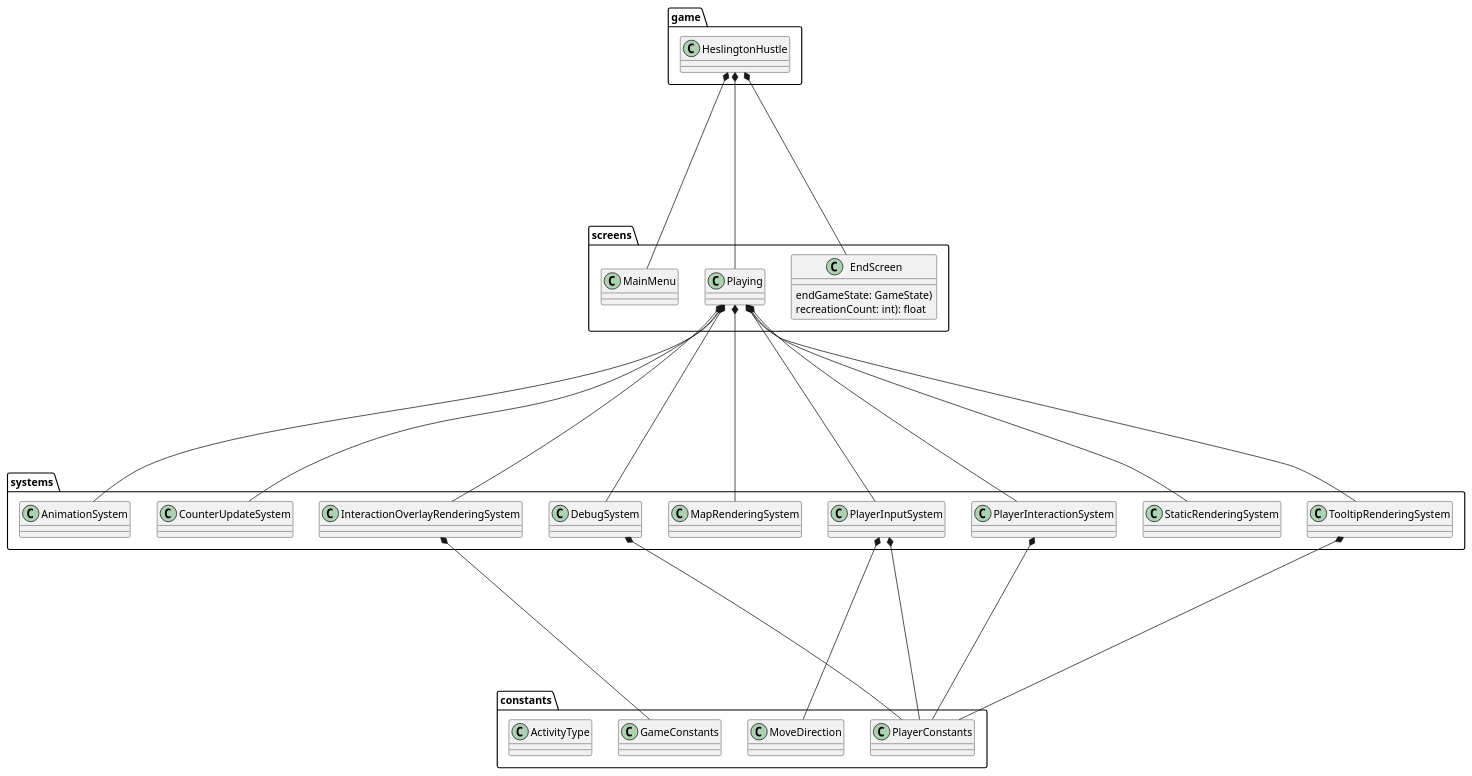
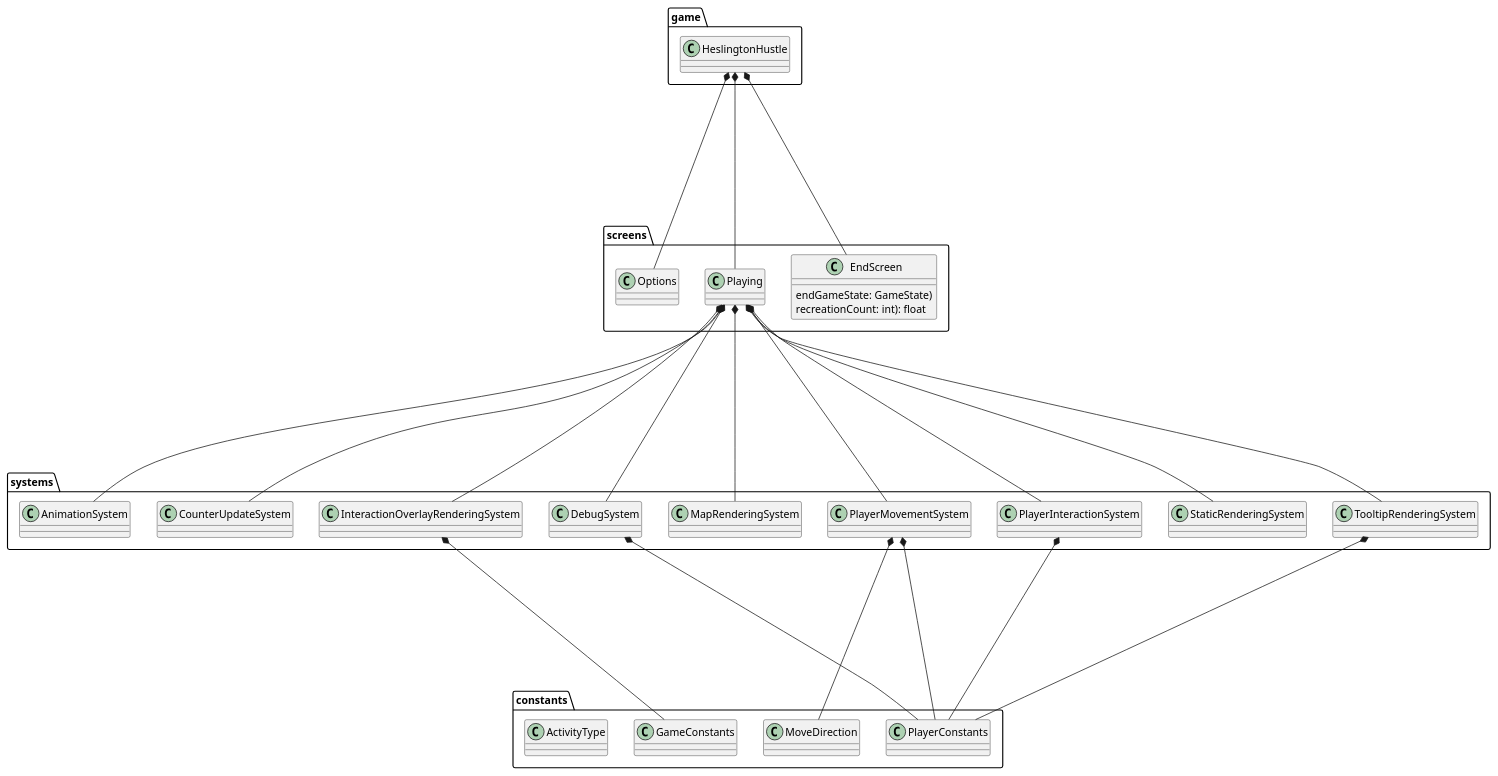
Before and after one commit to ENG1-Group-9-2024/Heslington-Hustle-2: the diagram in architecture/class diagram2.puml, drawn with PlantUML. The commit also changed 15 other files, not shown here.

```diff
--- a/architecture/class diagram2.puml
+++ b/architecture/class diagram2.puml
@@ -9,12 +9,12 @@
 
 
 package screens{
-    class MainMenu {
+    class Options {
         '- game: HeslingtonHustle
         '- camera: Camera
         '- stage: Stage
         '- root: Table
-        '+ MainMenu(game: HeslingtonHustle)
+        '+ Options(game: HeslingtonHustle)
         '+ render(v: float): void
         '+ show(): void
         '+ resize(width: int, height: int): void
@@ -244,14 +244,14 @@
         '+ update(deltaTime: float): void
     }
 
-    class PlayerInputSystem {
+    class PlayerMovementSystem {
         '- gameState: GameState
         '- playerEntity: Entity
         '- velocity: Vector2
         '- pm: ComponentMapper<PlayerComponent>
         '- fm: ComponentMapper<FixtureComponent>
         '- am: ComponentMapper<AnimationComponent>
-        '+ PlayerInputSystem(gameState: GameState)
+        '+ PlayerMovementSystem(gameState: GameState)
         '+ addedToEngine(engine: Engine): void
         '+ update(deltaTime: float): void
     }
@@ -303,7 +303,7 @@
 
 HeslingtonHustle *----- EndScreen
 HeslingtonHustle *----- Playing
-HeslingtonHustle *----- MainMenu
+HeslingtonHustle *----- Options
 
 'AnimationSystem *----- AnimationComponent
 'AnimationSystem *----- FixtureComponent
@@ -322,11 +322,11 @@
 
 
 
-'PlayerInputSystem *-----AnimationComponent
-'PlayerInputSystem *-----FixtureComponent
-'PlayerInputSystem *-----PlayerComponent
-PlayerInputSystem *-----MoveDirection
-PlayerInputSystem *-----PlayerConstants
+'PlayerMovementSystem *-----AnimationComponent
+'PlayerMovementSystem *-----FixtureComponent
+'PlayerMovementSystem *-----PlayerComponent
+PlayerMovementSystem *-----MoveDirection
+PlayerMovementSystem *-----PlayerConstants
 '
 'PlayerInteractionSystem *-----FixtureComponent
 'PlayerInteractionSystem *-----HitboxComponent
@@ -373,7 +373,8 @@
 Playing *----- DebugSystem
 Playing *----- InteractionOverlayRenderingSystem
 Playing *----- MapRenderingSystem
-Playing *----- PlayerInputSystem
+Playing *----- PlayerMovementSystem
+
 Playing *----- PlayerInteractionSystem
 Playing *----- StaticRenderingSystem
 Playing *----- TooltipRenderingSystem
```
